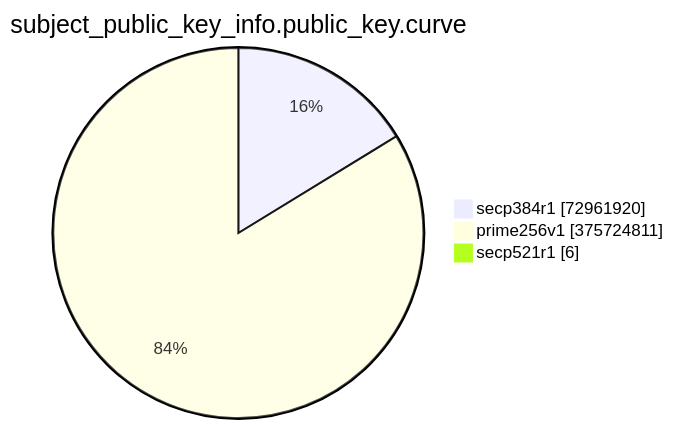
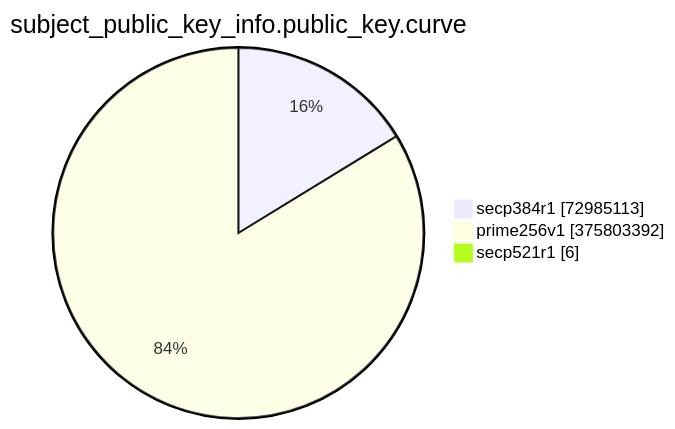
The eighth of 15 diagrams in TOTAL/README.md (christiankrug/ctmonitor_visualization), drawn with Mermaid before and after one commit. The commit also changed other lines of this file, not shown here.

````diff
--- a/TOTAL/README.md
+++ b/TOTAL/README.md
@@ -3094,7 +3094,7 @@
 ```mermaid
 pie showData
 title subject_public_key_info.public_key.curve
-"secp384r1" :72961920
-"prime256v1" :375724811
+"secp384r1" :72985113
+"prime256v1" :375803392
 "secp521r1" :6
 ```
````
